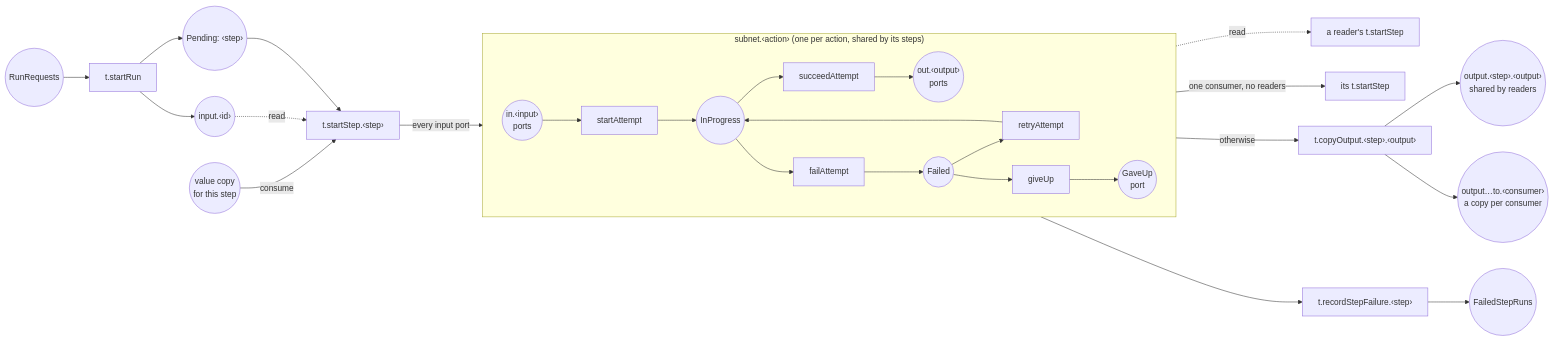
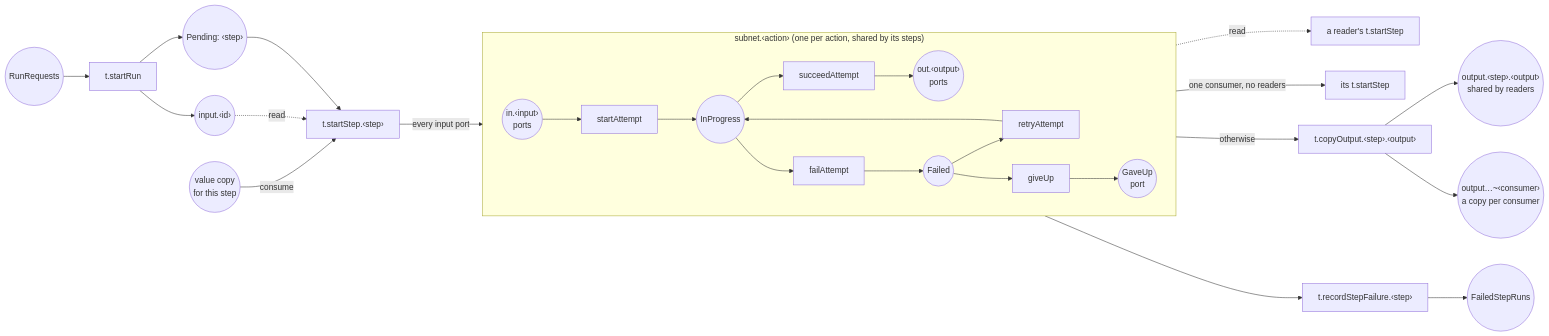
Before and after one commit to hashintel/hash: the second of 3 diagrams in libs/@local/flow-petri-net/README.md, drawn with Mermaid. The commit also changed other lines of this file and 4 other files, not shown here.

Commit message:
Give step instances keys of their own, and separate a copy's value from its consumer with ~, so no step id can collide with another key

````diff
--- a/libs/@local/flow-petri-net/README.md
+++ b/libs/@local/flow-petri-net/README.md
@@ -52,33 +52,33 @@
 ```mermaid
 flowchart LR
   runRequests(("RunRequests")) --> startRun["t.startRun"]
   startRun --> inputPlace(("input.‹id›"))
   startRun --> pending(("Pending: ‹step›"))
 
   pending --> startStep["t.startStep.‹step›"]
   inputPlace -. read .-> startStep
   upstreamCopy(("value copy<br/>for this step")) -- consume --> startStep
 
   subgraph subnet ["subnet.‹action› (one per action, shared by its steps)"]
     direction LR
     inPorts(("in.‹input›<br/>ports")) --> startAttempt["startAttempt"]
     startAttempt --> inProgress(("InProgress"))
     inProgress --> succeedAttempt["succeedAttempt"]
     succeedAttempt --> outPorts(("out.‹output›<br/>ports"))
     inProgress --> failAttempt["failAttempt"]
     failAttempt --> failed(("Failed"))
     failed --> retryAttempt["retryAttempt"]
     retryAttempt --> inProgress
     failed --> giveUp["giveUp"]
     giveUp --> gaveUp(("GaveUp<br/>port"))
   end
 
   startStep -- every input port --> inPorts
   outPorts -. read .-> reader["a reader's t.startStep"]
   outPorts -- "one consumer, no readers" --> consumer["its t.startStep"]
   outPorts -- "otherwise" --> copy["t.copyOutput.‹step›.‹output›"]
   copy --> shared(("output.‹step›.‹output›<br/>shared by readers"))
-  copy --> copies(("output…to.‹consumer›<br/>a copy per consumer"))
+  copy --> copies(("output…~‹consumer›<br/>a copy per consumer"))
   gaveUp --> recordStepFailure["t.recordStepFailure.‹step›"]
   recordStepFailure --> failedStepRuns(("FailedStepRuns"))
 ```
````
